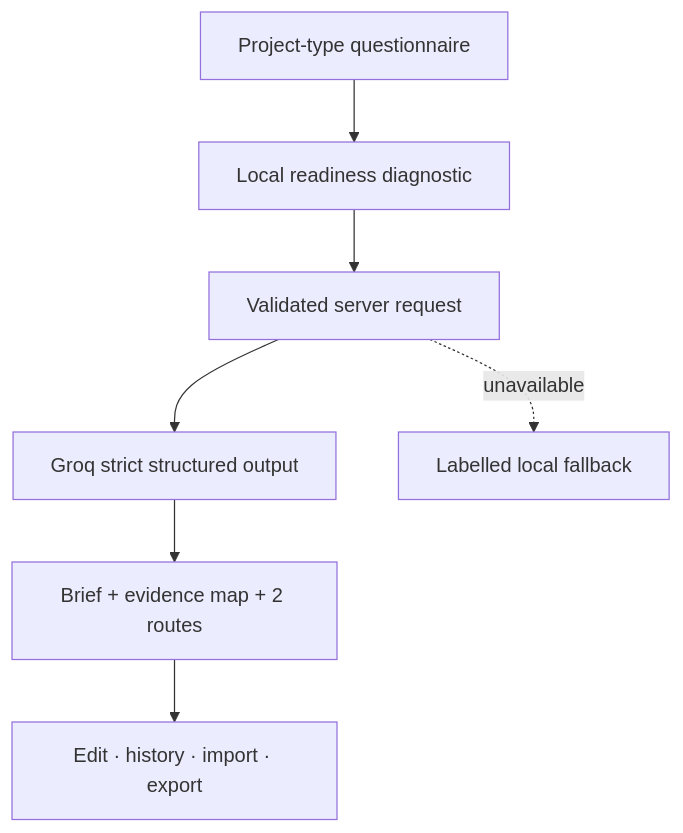
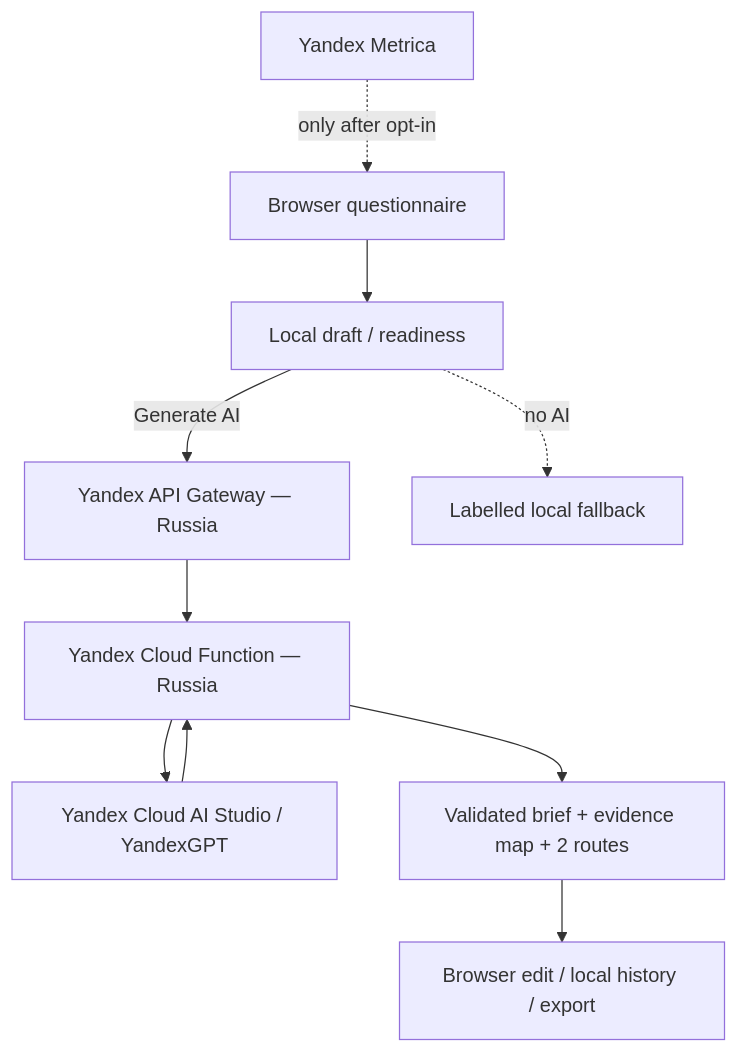
One commit to Anostosio/ai-brand-brief changed the diagram in README.md. Above: the diagram before and after it, drawn with Mermaid. The commit also changed other lines of this file, not shown here.

Commit message:
Document Russian privacy architecture migration

````diff
--- a/README.md
+++ b/README.md
@@ -44,9 +32,12 @@
 ```mermaid
 flowchart TD
-  A[Project-type questionnaire] --> B[Local readiness diagnostic]
-  B --> C[Validated server request]
-  C --> D[Groq strict structured output]
-  D --> E[Brief + evidence map + 2 routes]
-  E --> F[Edit · history · import · export]
-  C -. unavailable .-> G[Labelled local fallback]
+  A[Browser questionnaire] --> B[Local draft / readiness]
+  B -->|Generate AI| C[Yandex API Gateway — Russia]
+  C --> D[Yandex Cloud Function — Russia]
+  D --> E[Yandex Cloud AI Studio / YandexGPT]
+  E --> D
+  D --> F[Validated brief + evidence map + 2 routes]
+  F --> G[Browser edit / local history / export]
+  B -. no AI .-> H[Labelled local fallback]
+  I[Yandex Metrica] -. only after opt-in .-> A
 ```
````
